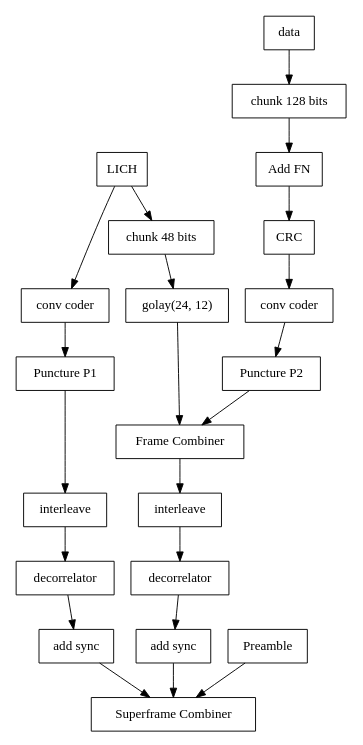
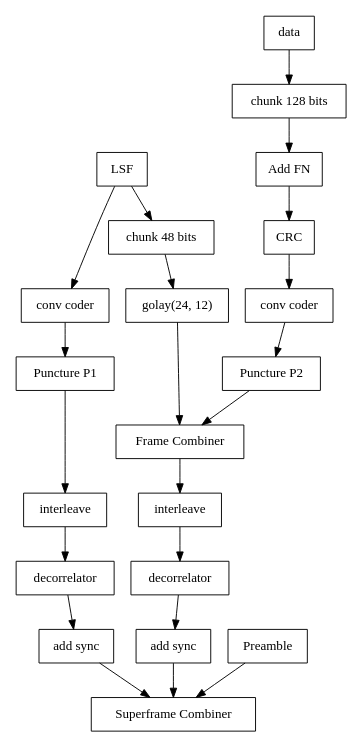
One commit to M17-Project/M17_spec changed the diagram in docs/data_link_layer.rst. Above: the diagram before and after it, drawn with Graphviz. The commit also changed other lines of this file, not shown here.

```diff
--- a/docs/data_link_layer.rst
+++ b/docs/data_link_layer.rst
@@ -184,35 +184,35 @@
 .. graphviz::
    :caption: An overview of the forward dataflow
 
    digraph D{
      size="4,6";
      node [shape=record];
      {rank=same c0 c1 golay_24_12}
      {rank=same p0 p1}
      {rank=same i0 i1}
 
      c0[label="conv coder"]
      p0[label="Puncture P1"]
      i0[label="interleave"]
      w0[label="decorrelator"]
      s0[label="add sync"]
      chunker_48[label="chunk 48 bits"]
      golay_24_12[label="golay(24, 12)"]
 
      c1[label="conv coder"]
      p1[label="Puncture P2"]
      i1[label="interleave"]
      w1[label="decorrelator"]
      s1[label="add sync"]
      fn[label="Add FN"]
      chunker_128[label="chunk 128 bits"]
 
      framecomb[label="Frame Combiner"]
      supercomb[label="Superframe Combiner"]
 
-     LICH -> c0 -> p0 -> i0 -> w0 -> s0 -> supercomb
-     LICH -> chunker_48 -> golay_24_12 -> framecomb
+     LSF -> c0 -> p0 -> i0 -> w0 -> s0 -> supercomb
+     LSF -> chunker_48 -> golay_24_12 -> framecomb
      data -> chunker_128 -> fn -> CRC -> c1 -> p1 -> framecomb
      framecomb -> i1 -> w1 -> s1 -> supercomb
      Preamble -> supercomb
    }
```
